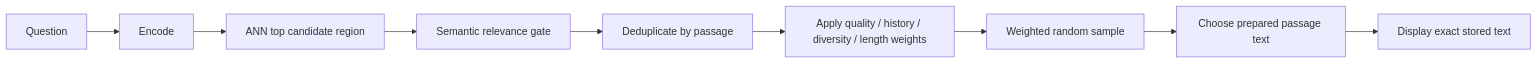
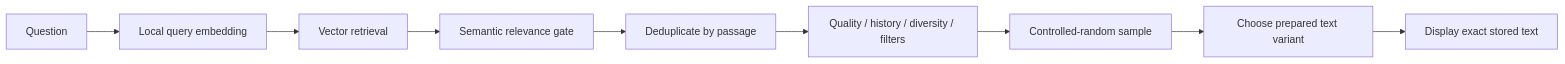
One commit to folk21/sibyl changed the second of 3 diagrams in docs/ARCHITECTURE.md. Above: the diagram before and after it, drawn with Mermaid. The commit also changed other lines of this file and 66 other files, not shown here.

````diff
--- a/docs/ARCHITECTURE.md
+++ b/docs/ARCHITECTURE.md
@@ -131,11 +116,11 @@
 ```mermaid
 flowchart LR
-    Q[Question] --> E[Encode]
-    E --> A[ANN top candidate region]
-    A --> G[Semantic relevance gate]
+    Q[Question] --> E[Local query embedding]
+    E --> V[Vector retrieval]
+    V --> G[Semantic relevance gate]
     G --> D[Deduplicate by passage]
-    D --> W[Apply quality / history / diversity / length weights]
-    W --> R[Weighted random sample]
-    R --> T[Choose prepared passage text]
+    D --> W[Quality / history / diversity / filters]
+    W --> R[Controlled-random sample]
+    R --> T[Choose prepared text variant]
     T --> O[Display exact stored text]
 ```
````
